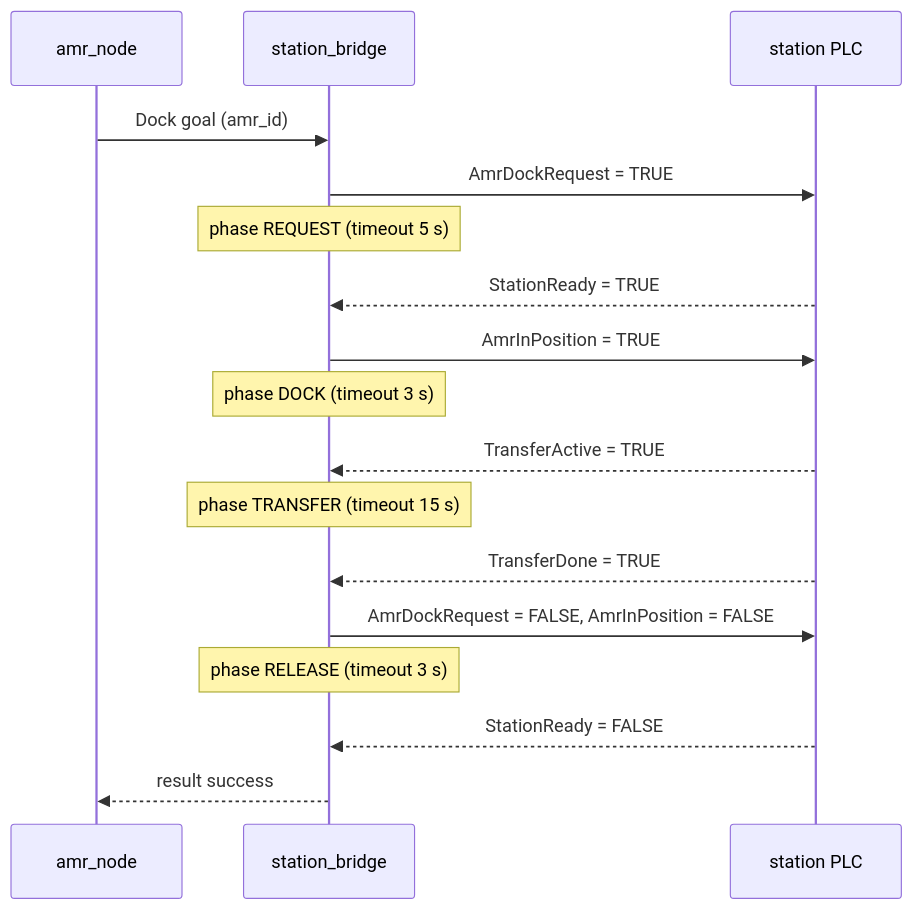
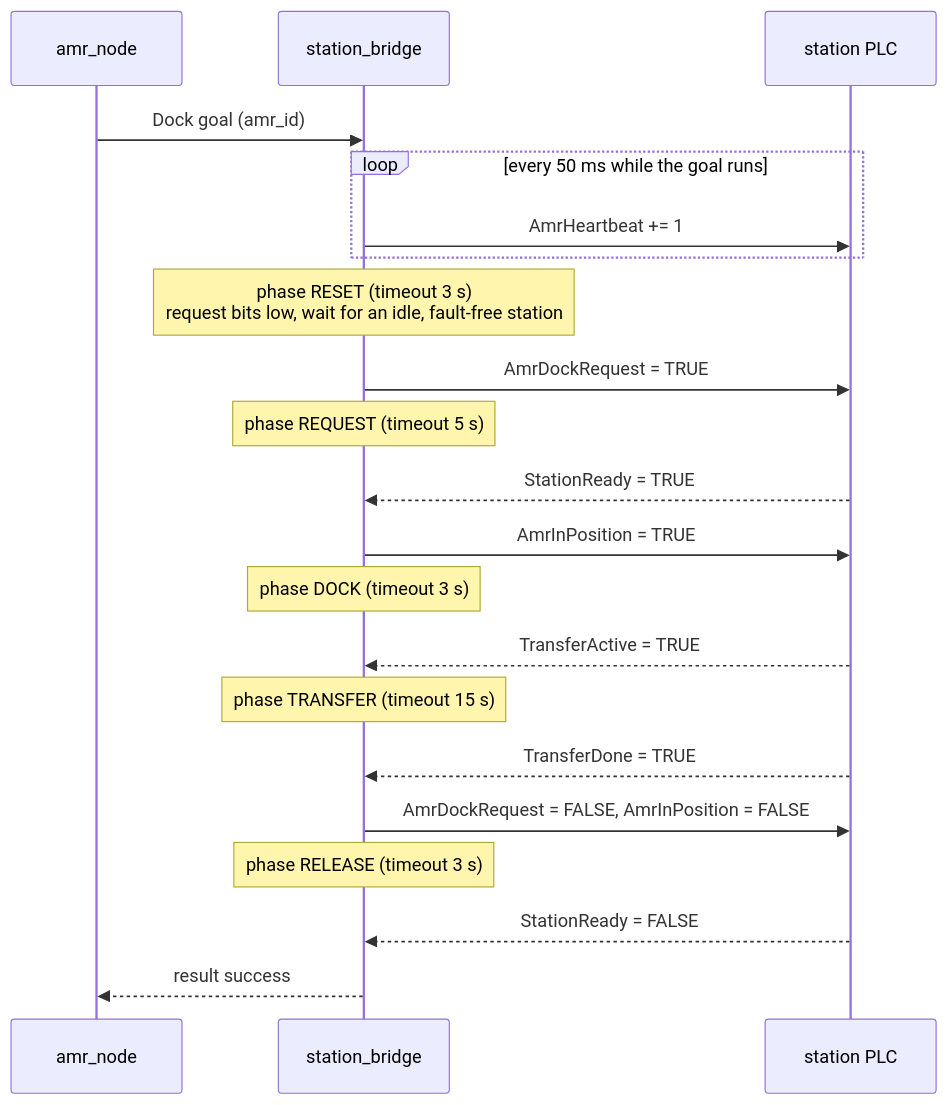
Before and after one commit to sulemanali5760/amr-station-handshake: the second of 3 diagrams in docs/ARCHITECTURE.md, drawn with Mermaid. The commit also changed other lines of this file and 1 other file, not shown here.

Commit message:
Docs: signal map, heartbeat watchdog, RESET phase, standards, safety scope, Codespaces

````diff
--- a/docs/ARCHITECTURE.md
+++ b/docs/ARCHITECTURE.md
@@ -53,19 +69,23 @@
 ```mermaid
 sequenceDiagram
     participant A as amr_node
     participant B as station_bridge
     participant S as station PLC
     A->>B: Dock goal (amr_id)
+    loop every 50 ms while the goal runs
+        B->>S: AmrHeartbeat += 1
+    end
+    Note over B: phase RESET (timeout 3 s)<br/>request bits low, wait for an idle, fault-free station
     B->>S: AmrDockRequest = TRUE
     Note over B: phase REQUEST (timeout 5 s)
     S-->>B: StationReady = TRUE
     B->>S: AmrInPosition = TRUE
     Note over B: phase DOCK (timeout 3 s)
     S-->>B: TransferActive = TRUE
     Note over B: phase TRANSFER (timeout 15 s)
     S-->>B: TransferDone = TRUE
     B->>S: AmrDockRequest = FALSE, AmrInPosition = FALSE
     Note over B: phase RELEASE (timeout 3 s)
     S-->>B: StationReady = FALSE
     B-->>A: result success
 ```
````
